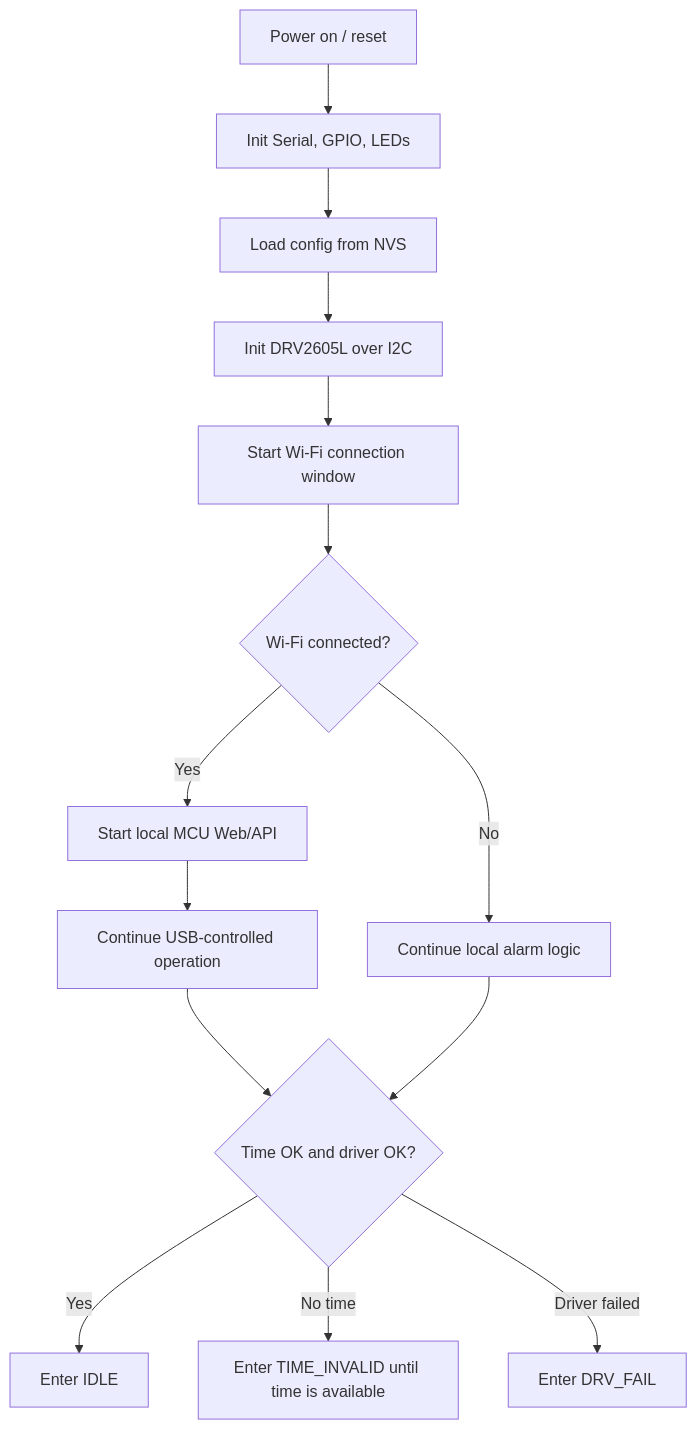
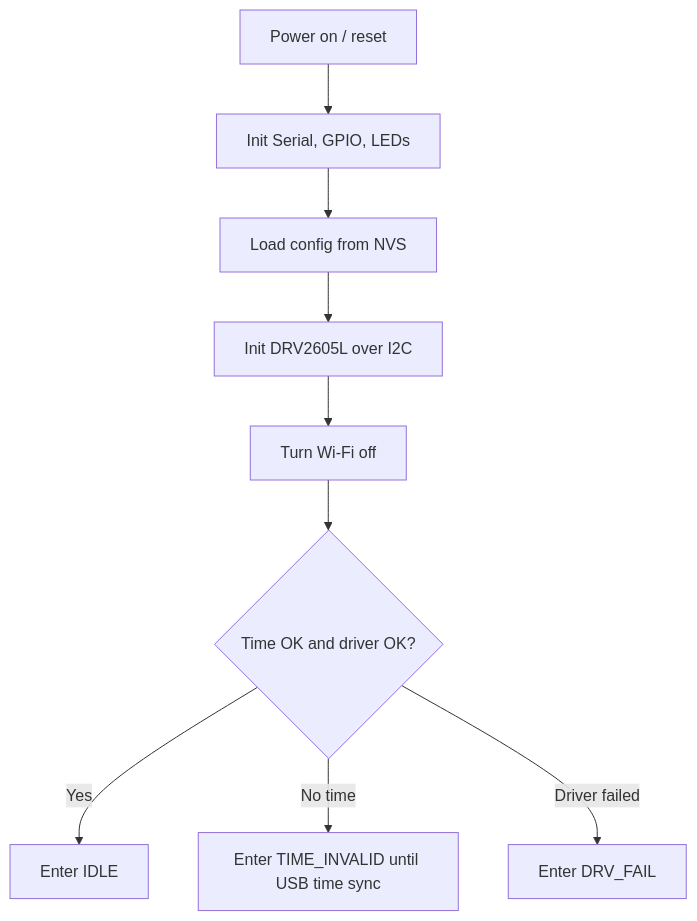
One commit to terry-eric/esp32c3-clock-web changed the first of 2 diagrams in docs/MCU_LOGIC.md. Above: the diagram before and after it, drawn with Mermaid. The commit also changed other lines of this file and 5 other files, not shown here.

````diff
--- a/docs/MCU_LOGIC.md
+++ b/docs/MCU_LOGIC.md
@@ -14,16 +13,11 @@
 ```mermaid
 flowchart TD
   A["Power on / reset"] --> B["Init Serial, GPIO, LEDs"]
   B --> C["Load config from NVS"]
   C --> D["Init DRV2605L over I2C"]
-  D --> E["Start Wi-Fi connection window"]
-  E --> F{"Wi-Fi connected?"}
-  F -- "Yes" --> G["Start local MCU Web/API"]
-  G --> I["Continue USB-controlled operation"]
-  F -- "No" --> J["Continue local alarm logic"]
-  I --> K{"Time OK and driver OK?"}
-  J --> K
-  K -- "Yes" --> L["Enter IDLE"]
-  K -- "No time" --> M["Enter TIME_INVALID until time is available"]
-  K -- "Driver failed" --> N["Enter DRV_FAIL"]
+  D --> E["Turn Wi-Fi off"]
+  E --> F{"Time OK and driver OK?"}
+  F -- "Yes" --> G["Enter IDLE"]
+  F -- "No time" --> H["Enter TIME_INVALID until USB time sync"]
+  F -- "Driver failed" --> I["Enter DRV_FAIL"]
 ```
````
